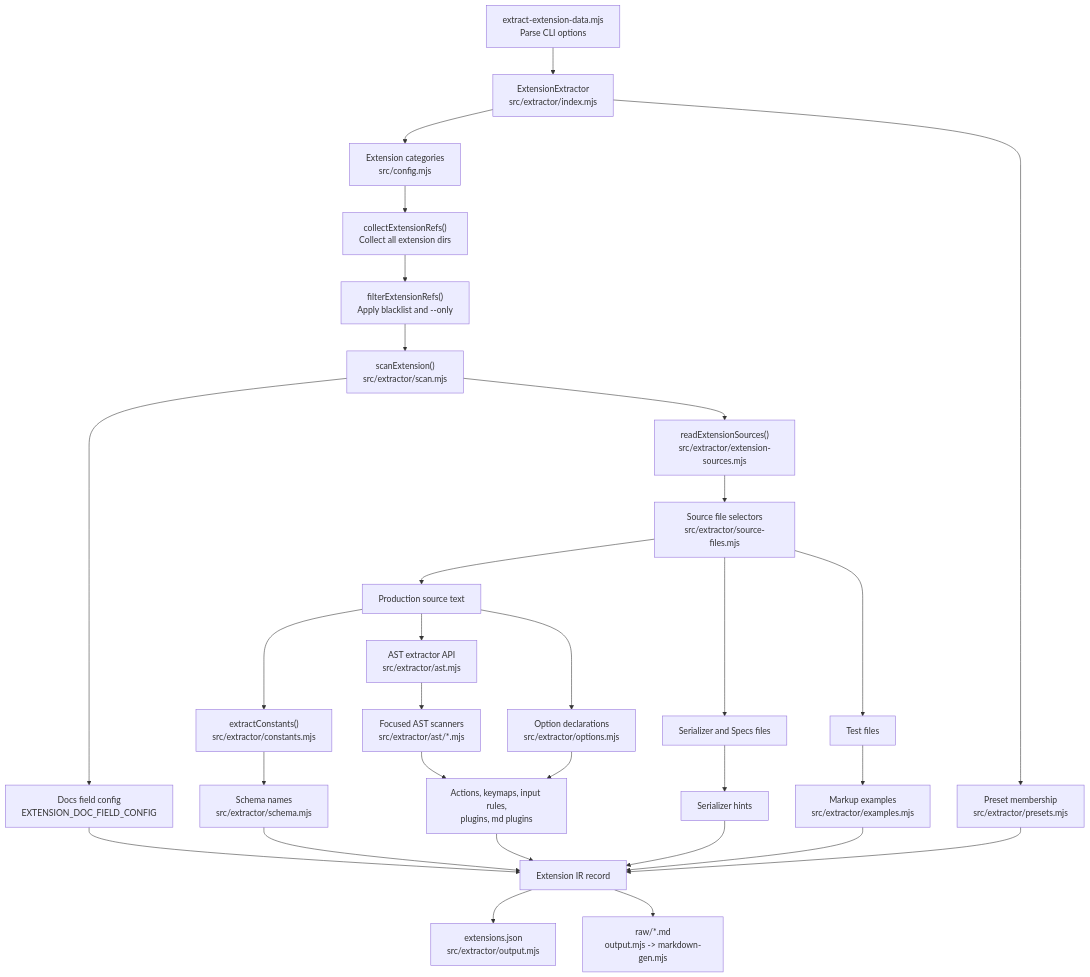
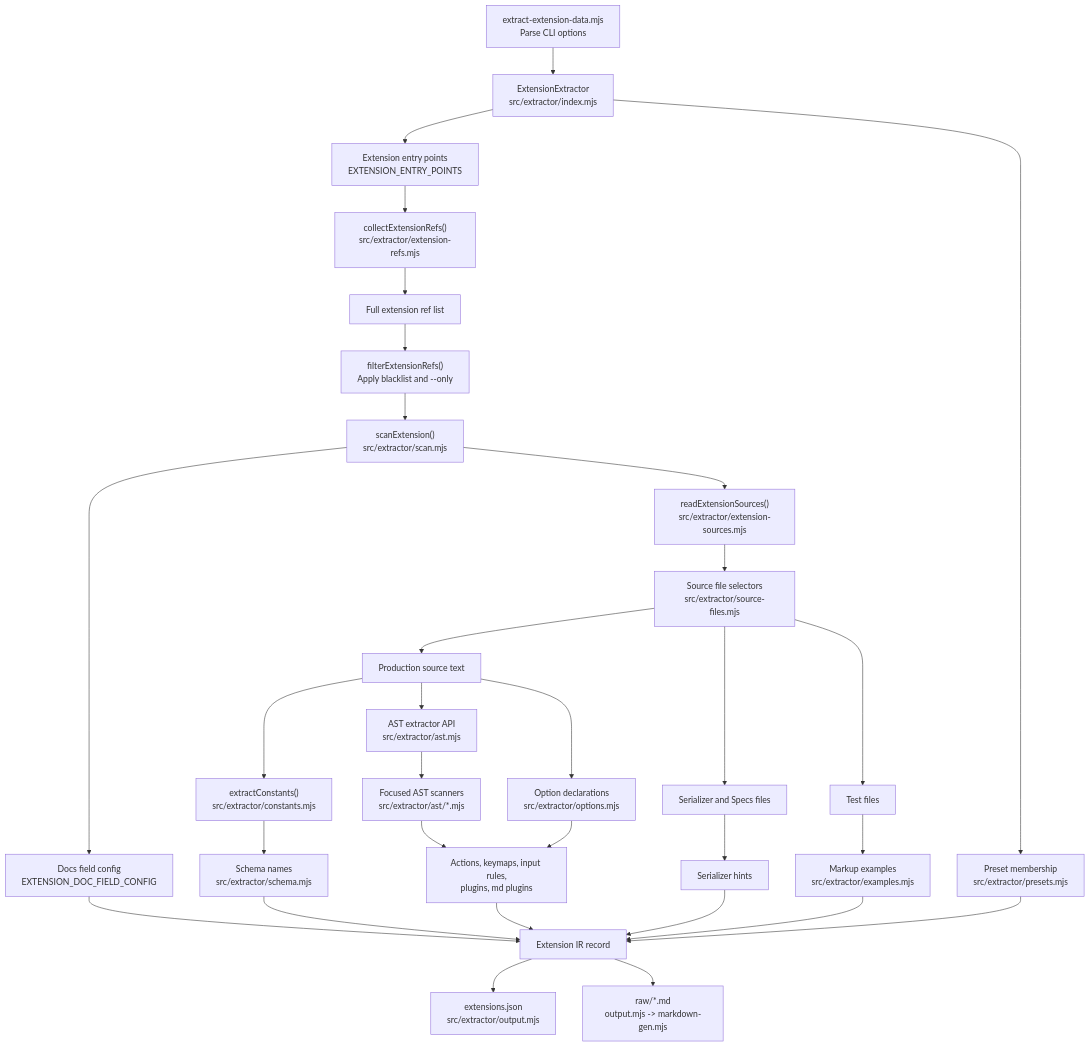
One commit to gravity-ui/markdown-editor changed the diagram in infra/docs-gen/EXTRACTION_PIPELINE.md. Above: the diagram before and after it, drawn with Mermaid. The commit also changed other lines of this file and 9 other files, not shown here.

Commit message:
fix(docs-gen): scan configured extension entry points

````diff
--- a/infra/docs-gen/EXTRACTION_PIPELINE.md
+++ b/infra/docs-gen/EXTRACTION_PIPELINE.md
@@ -3,36 +3,37 @@
 ```mermaid
 flowchart TD
     CLI["extract-extension-data.mjs<br/>Parse CLI options"] --> Extractor["ExtensionExtractor<br/>src/extractor/index.mjs"]
-    Extractor --> Categories["Extension categories<br/>src/config.mjs"]
-    Categories --> Collect["collectExtensionRefs()<br/>Collect all extension dirs"]
-    Collect --> Filter["filterExtensionRefs()<br/>Apply blacklist and --only"]
+    Extractor --> EntryPoints["Extension entry points<br/>EXTENSION_ENTRY_POINTS"]
+    EntryPoints --> Collect["collectExtensionRefs()<br/>src/extractor/extension-refs.mjs"]
+    Collect --> AllRefs["Full extension ref list"]
+    AllRefs --> Filter["filterExtensionRefs()<br/>Apply blacklist and --only"]
     Filter --> Scan["scanExtension()<br/>src/extractor/scan.mjs"]
 
     Scan --> FieldConfig["Docs field config<br/>EXTENSION_DOC_FIELD_CONFIG"]
     Scan --> Files["readExtensionSources()<br/>src/extractor/extension-sources.mjs"]
     Files --> Selectors["Source file selectors<br/>src/extractor/source-files.mjs"]
     Selectors --> SourceText["Production source text"]
     Selectors --> TestFiles["Test files"]
     Selectors --> SerializerFiles["Serializer and Specs files"]
 
     SourceText --> Constants["extractConstants()<br/>src/extractor/constants.mjs"]
     SourceText --> AstBarrel["AST extractor API<br/>src/extractor/ast.mjs"]
     AstBarrel --> AstScanners["Focused AST scanners<br/>src/extractor/ast/*.mjs"]
     SourceText --> Options["Option declarations<br/>src/extractor/options.mjs"]
     SerializerFiles --> SerializerHints["Serializer hints"]
     TestFiles --> MarkupExamples["Markup examples<br/>src/extractor/examples.mjs"]
 
     Constants --> Schema["Schema names<br/>src/extractor/schema.mjs"]
     AstScanners --> ExtractedFields["Actions, keymaps, input rules,<br/>plugins, md plugins"]
     Options --> ExtractedFields
     FieldConfig --> IR["Extension IR record"]
     Schema --> IR
     ExtractedFields --> IR
     SerializerHints --> IR
     MarkupExamples --> IR
 
     Extractor --> Presets["Preset membership<br/>src/extractor/presets.mjs"]
     Presets --> IR
     IR --> JsonOut["extensions.json<br/>src/extractor/output.mjs"]
     IR --> MarkdownOut["raw/*.md<br/>output.mjs -> markdown-gen.mjs"]
 ```
````
